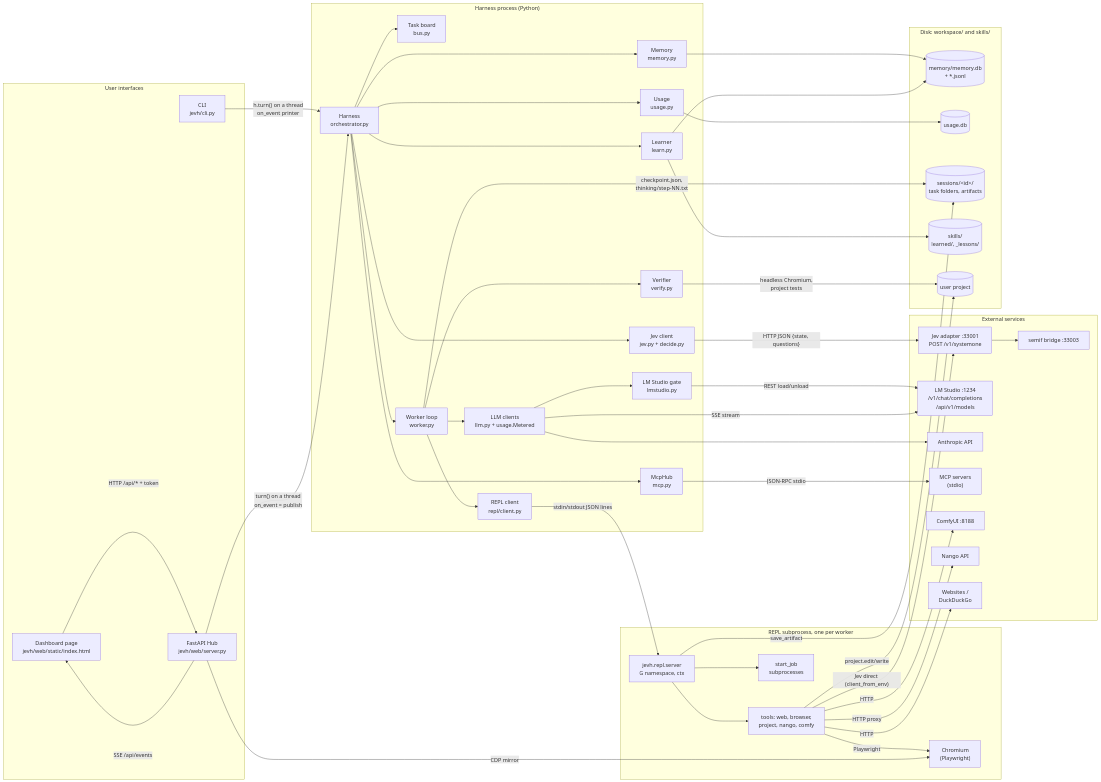
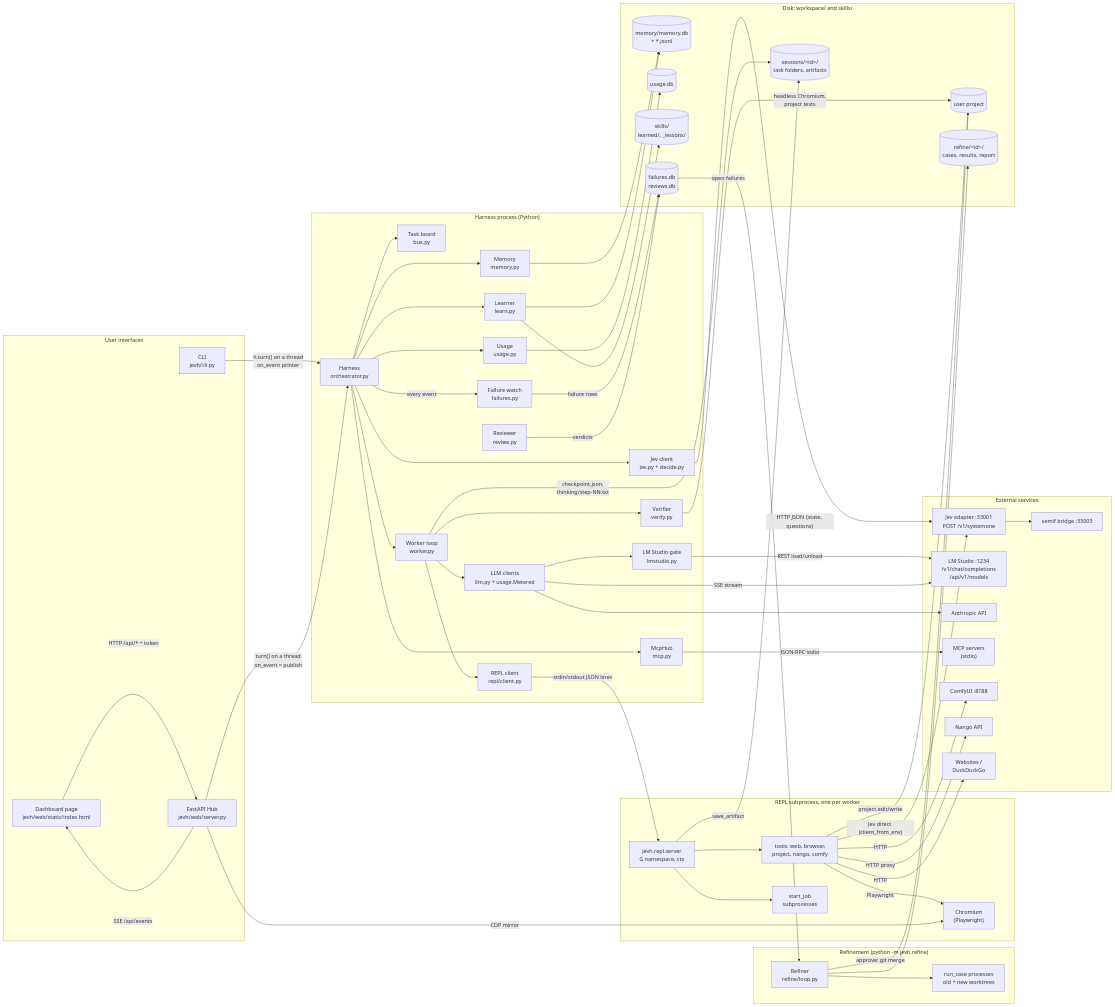
The first of 2 diagrams in docs/architecture/README.md (slumpsod/jev-harness), drawn with Mermaid before and after one commit. The commit also changed other lines of this file and 13 other files, not shown here.

First line of the commit message:
Architecture docs: catch up with main (failure log, session review, refinement)

````diff
--- a/docs/architecture/README.md
+++ b/docs/architecture/README.md
@@ -50,6 +53,13 @@
     LR["Learner<br/>learn.py"]
     U["Usage<br/>usage.py"]
     MH["McpHub<br/>mcp.py"]
+    FW["Failure watch<br/>failures.py"]
+    RVW["Reviewer<br/>review.py"]
+  end
+
+  subgraph RF["Refinement (python -m jevh.refine)"]
+    RFL["Refiner<br/>refine/loop.py"]
+    RFR["run_case processes<br/>old + new worktrees"]
   end
 
   subgraph RP["REPL subprocess, one per worker"]
@@ -76,6 +86,8 @@
     SES[("sessions/&lt;id&gt;/<br/>task folders, artifacts")]
     SK[("skills/<br/>learned/, _lessons/")]
     PRJ[("user project")]
+    FDB[("failures.db<br/>reviews.db")]
+    RDIR[("refine/&lt;id&gt;/<br/>cases, results, report")]
   end
 
   CLI -- "h.turn() on a thread<br/>on_event printer" --> H
@@ -116,4 +128,11 @@
   RS -- "save_artifact" --> SES
   TW -- "project.edit/write" --> PRJ
   Hub -- "CDP mirror" --> CH
+  H -- "every event" --> FW
+  FW -- "failure rows" --> FDB
+  RVW -- "verdicts" --> FDB
+  FDB -- "open failures" --> RFL
+  RFL --> RFR
+  RFL --> RDIR
+  RFL -- "approve: git merge" --> PRJ
 ```
````
